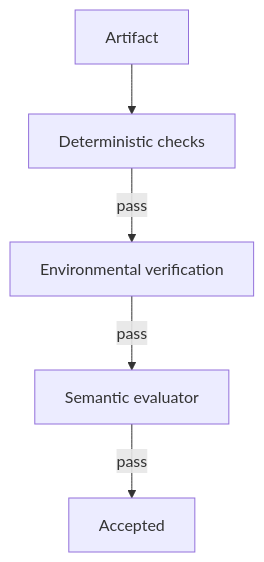
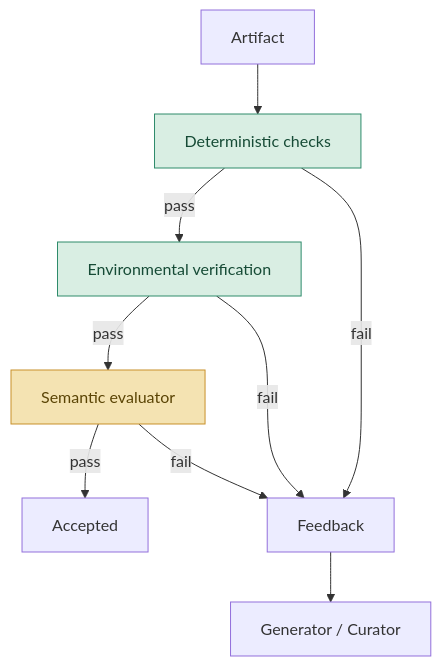
Before and after one commit to Rkomi98/MyBlog: the sixth of 8 diagrams in files/AI Engineering/MultiAgentDesign_en.md, drawn with Mermaid. The commit also changed other lines of this file and 59 other files, not shown here.

````diff
--- a/files/AI Engineering/MultiAgentDesign_en.md
+++ b/files/AI Engineering/MultiAgentDesign_en.md
@@ -252,7 +252,17 @@
 ```mermaid
 flowchart TD
     A[Artifact] --> D[Deterministic checks]
     D -->|pass| E[Environmental verification]
     E -->|pass| J[Semantic evaluator]
     J -->|pass| O[Accepted]
+
+    D -->|fail| F[Feedback]
+    E -->|fail| F
+    J -->|fail| F
+    F --> G[Generator / Curator]
+
+    classDef hard fill:#D9EEE3,stroke:#2E8B6B,color:#164B36;
+    classDef soft fill:#F4E3B2,stroke:#C8902B,color:#5A4405;
+    class D,E hard;
+    class J soft;
 ```
````
